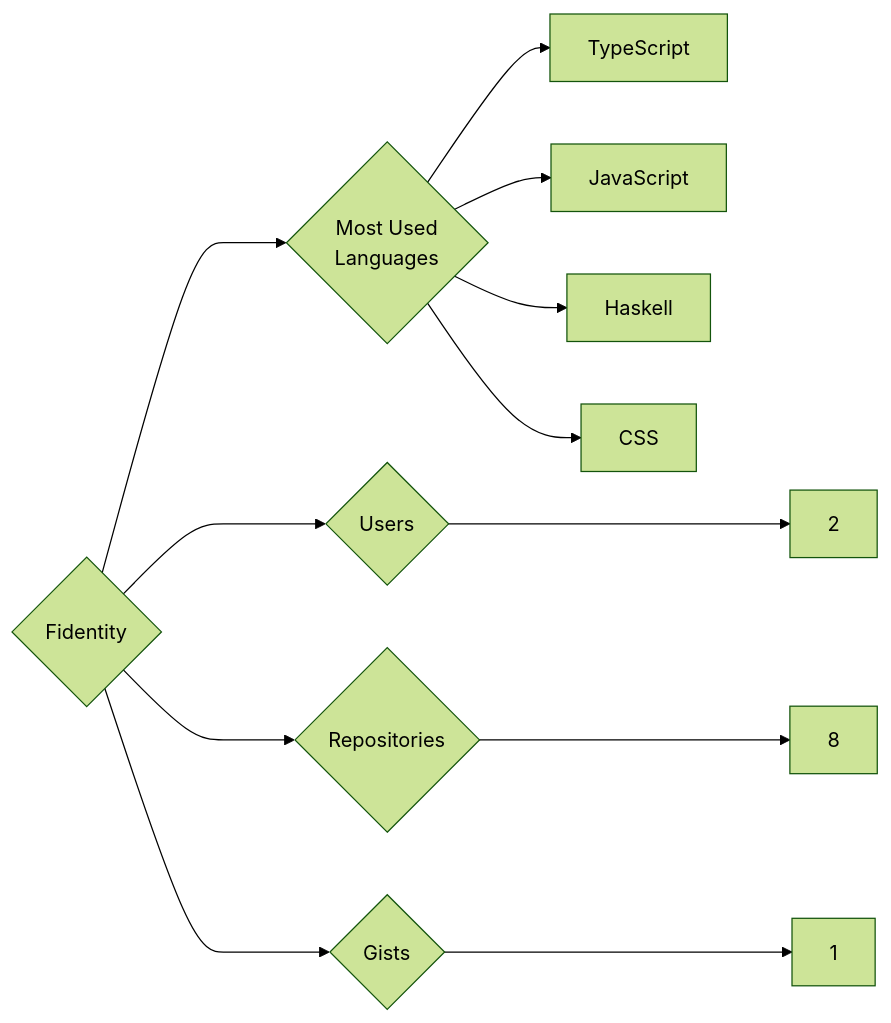
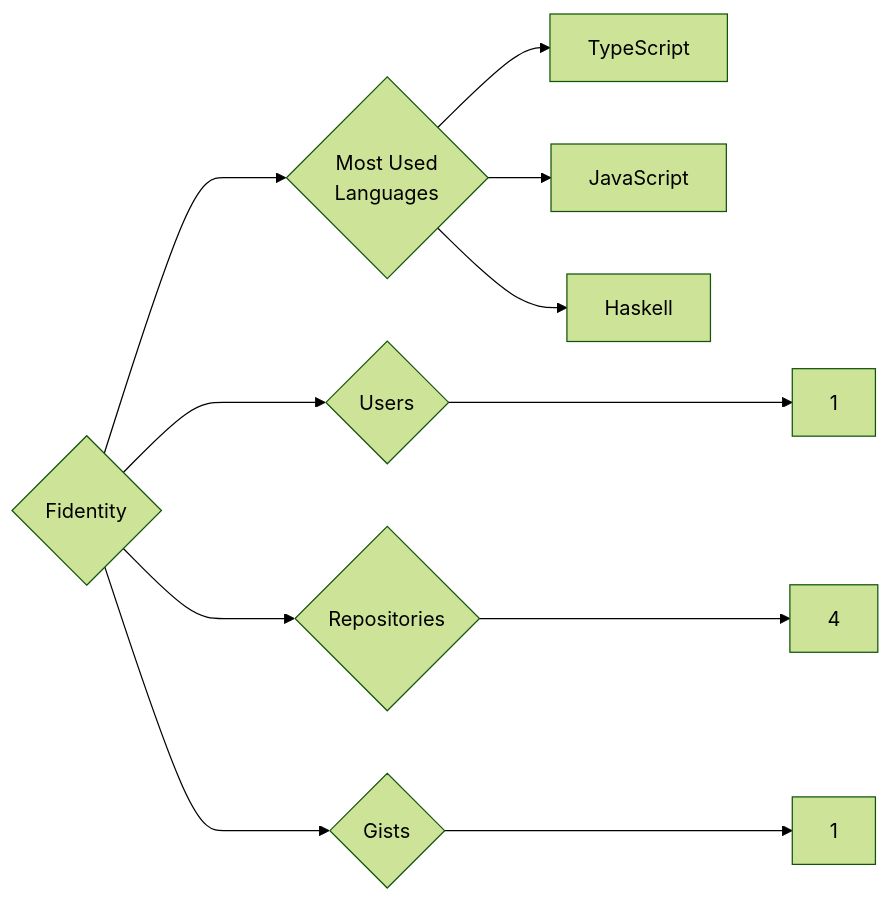
The diagram in targets/Fidentity/README.md (trickest/insiders), drawn with Mermaid (forest theme) before and after one commit. The commit also changed 715 other files, not shown here.

````diff
--- a/targets/Fidentity/README.md
+++ b/targets/Fidentity/README.md
@@ -3,12 +3,11 @@
 ```mermaid
 graph LR
 COMPANY_NAME{Fidentity}
-COMPANY_NAME ---> U{Users} ---> UN[2]
-COMPANY_NAME ---> R{Repositories} ---> RN[8]
+COMPANY_NAME ---> U{Users} ---> UN[1]
+COMPANY_NAME ---> R{Repositories} ---> RN[4]
 COMPANY_NAME ---> G{Gists} ---> GN[1]
 COMPANY_NAME ---> ML{Most Used<br>Languages}
 ML --> TypeScript[TypeScript]
 ML --> JavaScript[JavaScript]
 ML --> Haskell[Haskell]
-ML --> CSS[CSS]
 ```
````
